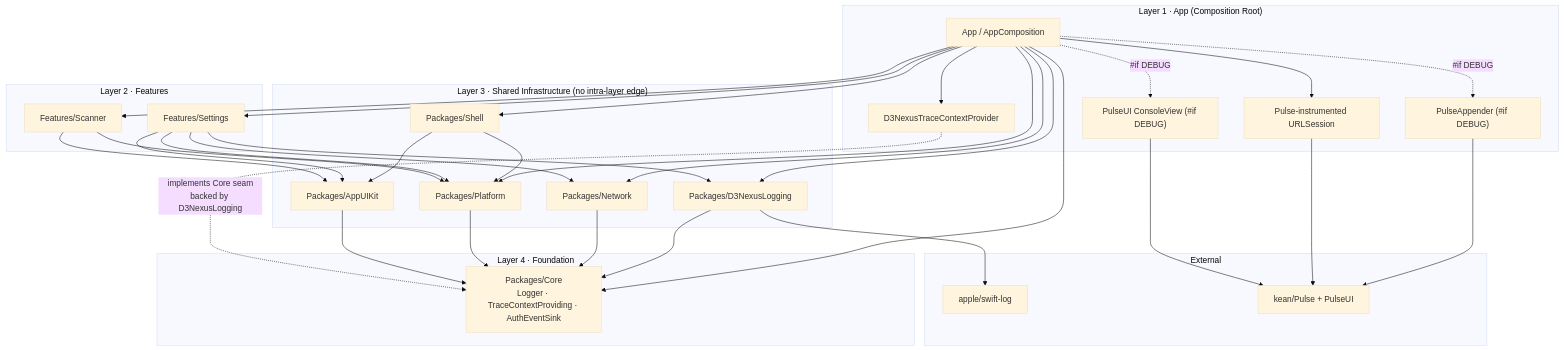
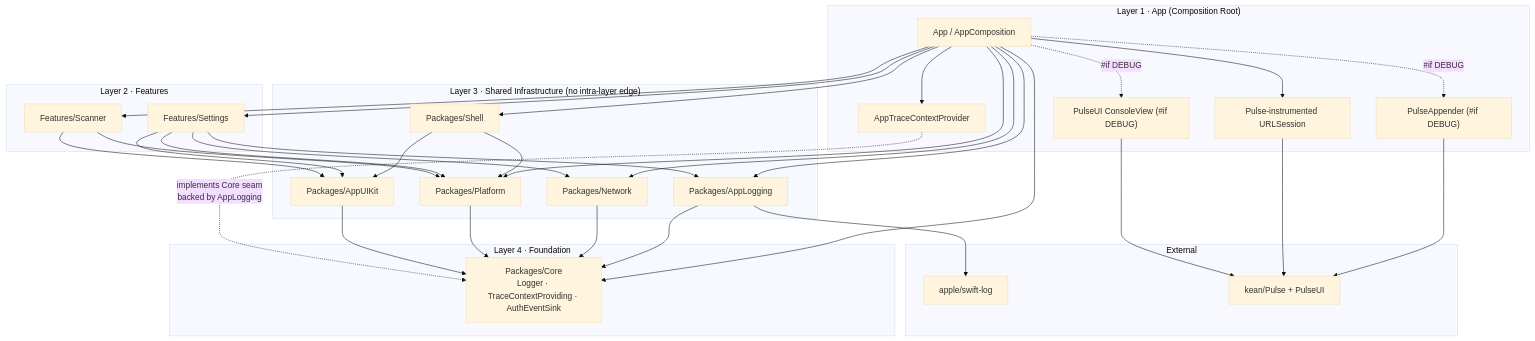
Before and after one commit to DanhDue/ios_digital_wallet: the first of 4 diagrams in .devtool/epic/pulse_logger/pulse_logger.en.md, drawn with Mermaid (base theme). The commit also changed other lines of this file and 22 other files, not shown here.

First line of the commit message:
[PULSE_LOGGER] Rename logging module to AppLogging

````diff
--- a/.devtool/epic/pulse_logger/pulse_logger.en.md
+++ b/.devtool/epic/pulse_logger/pulse_logger.en.md
@@ -110,54 +132,54 @@
 ```mermaid
 graph TD
     subgraph Host["Layer 1 · App (Composition Root)"]
         App["App / AppComposition"]
         PulseApp["PulseAppender (#if DEBUG)"]
         PulseSession["Pulse-instrumented URLSession"]
-        TraceBind["D3NexusTraceContextProvider"]
+        TraceBind["AppTraceContextProvider"]
         PulseUI["PulseUI ConsoleView (#if DEBUG)"]
     end
 
     subgraph L2["Layer 2 · Features"]
         Settings["Features/Settings"]
         Scanner["Features/Scanner"]
     end
 
     subgraph L3["Layer 3 · Shared Infrastructure (no intra-layer edge)"]
         Shell["Packages/Shell"]
-        Logging["Packages/D3NexusLogging"]
+        Logging["Packages/AppLogging"]
         Network["Packages/Network"]
         Platform["Packages/Platform"]
         UIKitPkg["Packages/AppUIKit"]
     end
 
     subgraph L4["Layer 4 · Foundation"]
         Core["Packages/Core<br/>Logger · TraceContextProviding · AuthEventSink"]
     end
 
     subgraph Ext["External"]
         SwiftLog["apple/swift-log"]
         PulseCore["kean/Pulse + PulseUI"]
     end
 
     App --> Shell & Logging & Network & Platform & Core
     App --> Settings & Scanner
     App -.->|#if DEBUG| PulseApp
     App --> PulseSession
     App --> TraceBind
     App -.->|#if DEBUG| PulseUI
     PulseApp --> PulseCore
     PulseSession --> PulseCore
     PulseUI --> PulseCore
 
     Logging --> Core
     Logging --> SwiftLog
     Network --> Core
     Platform --> Core
     UIKitPkg --> Core
     Shell --> Platform & UIKitPkg
 
     Settings --> Platform & Network & UIKitPkg & Logging
     Scanner --> Platform & UIKitPkg
 
-    TraceBind -.->|implements Core seam<br/>backed by D3NexusLogging| Core
+    TraceBind -.->|implements Core seam<br/>backed by AppLogging| Core
 ```
````
